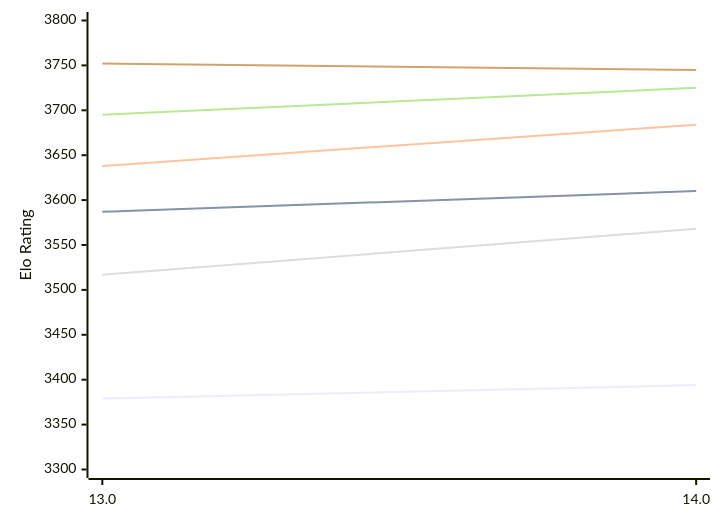
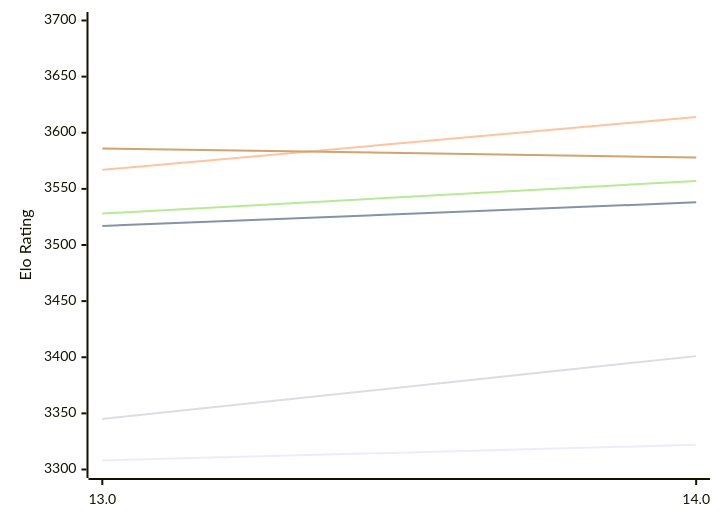
The first of 2 diagrams in engines/Tcheran.md (computer-chess-index/cci), drawn with Mermaid before and after one commit. The commit also changed other lines of this file, not shown here.

Commit message:
Update CCI Ratings (ELO VLTC) - 2026-11-13

````diff
--- a/engines/Tcheran.md
+++ b/engines/Tcheran.md
@@ -55,12 +55,12 @@
 ```mermaid
 %%{init: {"theme":"base","themeVariables":{"seriesColors:['#a3a3a3','#222221','#faa371']}}}%%
 xychart-beta
   x-axis ["13.0", "14.0"]
-  y-axis "Elo Rating" 3300 --> 3800
-  line "E1: STC (8.0+0.08s)" [3379, 3394]
-  line "E1: LTC (60.0+0.60s)" [3587, 3610]
-  line "E1: VLTC (2m24s+1.12s)" [3638, 3684]
-  line "P1: STC (8.0+0.08s)" [3517, 3568]
-  line "P1: LTC (60.0+0.60s)" [3695, 3725]
-  line "P1: VLTC (2m24s+1.12s)" [3752, 3745]
+  y-axis "Elo Rating" 3300 --> 3700
+  line "E1: STC (8.0+0.08s)" [3308, 3322]
+  line "E1: LTC (60.0+0.60s)" [3517, 3538]
+  line "E1: VLTC (2m24s+1.12s)" [3567, 3614]
+  line "P1: STC (8.0+0.08s)" [3345, 3401]
+  line "P1: LTC (60.0+0.60s)" [3528, 3557]
+  line "P1: VLTC (2m24s+1.12s)" [3586, 3578]
 ```
````
